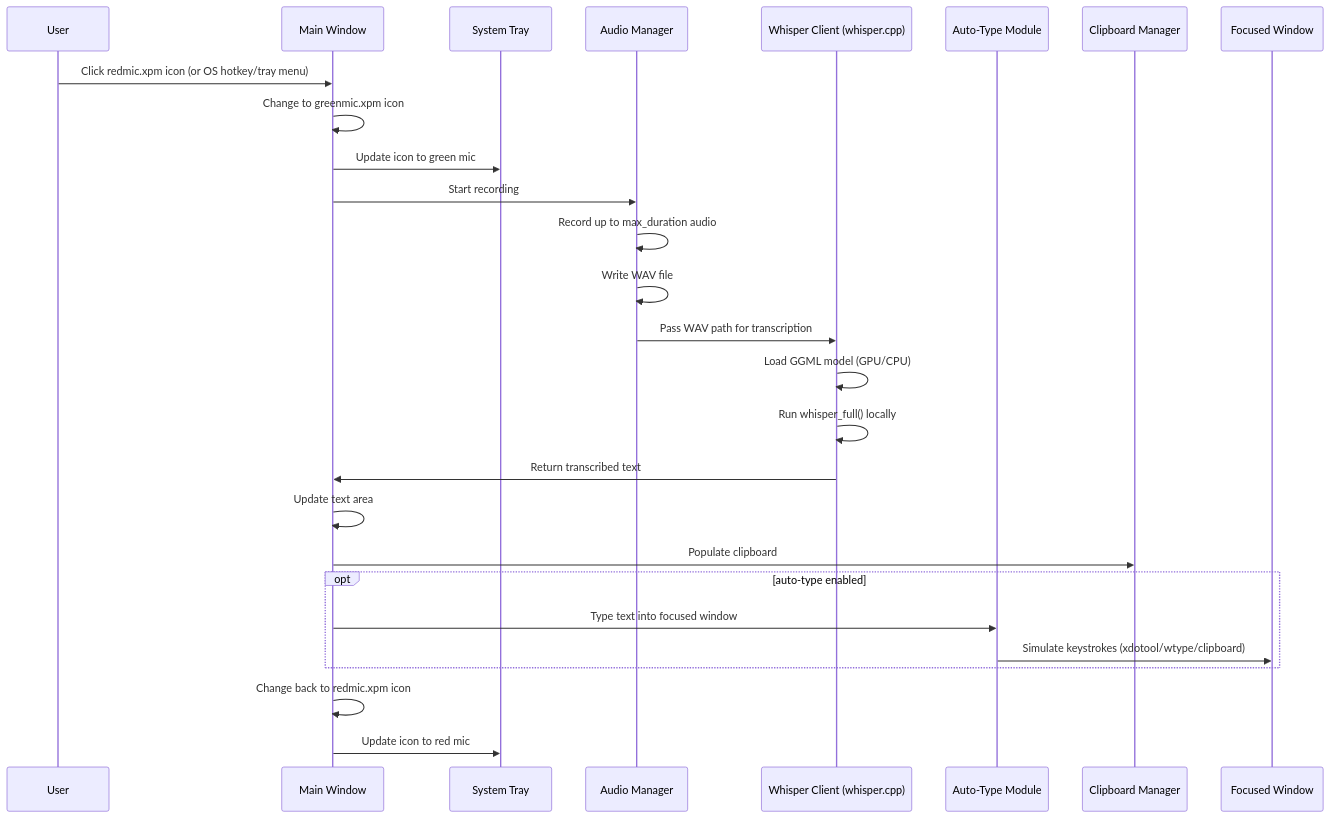
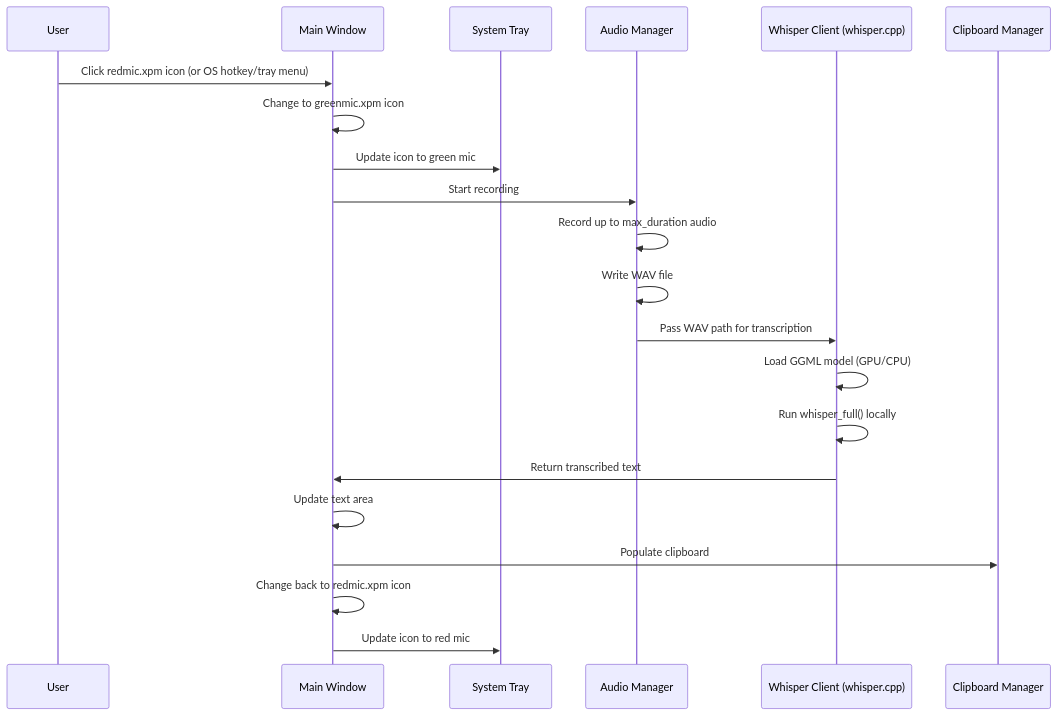
One commit to piyushraizada/transcriber changed the second of 2 diagrams in xwindows-voice-to-text-srs.md. Above: the diagram before and after it, drawn with Mermaid. The commit also changed other lines of this file and 19 other files, not shown here.

````diff
--- a/xwindows-voice-to-text-srs.md
+++ b/xwindows-voice-to-text-srs.md
@@ -232,30 +220,24 @@
 ```mermaid
 sequenceDiagram
     participant User
     participant WIN as Main Window
     participant TRAY as System Tray
     participant AUD as Audio Manager
     participant WH as Whisper Client (whisper.cpp)
-    participant TYPER as Auto-Type Module
     participant CLIP as Clipboard Manager
-    participant FOCUS as Focused Window
     
     User->>WIN: Click redmic.xpm icon (or OS hotkey/tray menu)
     WIN->>WIN: Change to greenmic.xpm icon
     WIN->>TRAY: Update icon to green mic
     WIN->>AUD: Start recording
     AUD->>AUD: Record up to max_duration audio
     AUD->>AUD: Write WAV file
     AUD->>WH: Pass WAV path for transcription
     WH->>WH: Load GGML model (GPU/CPU)
     WH->>WH: Run whisper_full() locally
     WH->>WIN: Return transcribed text
     WIN->>WIN: Update text area
     WIN->>CLIP: Populate clipboard
-    opt auto-type enabled
-        WIN->>TYPER: Type text into focused window
-        TYPER->>FOCUS: Simulate keystrokes (xdotool/wtype/clipboard)
-    end
     WIN->>WIN: Change back to redmic.xpm icon
     WIN->>TRAY: Update icon to red mic
 ```
````
